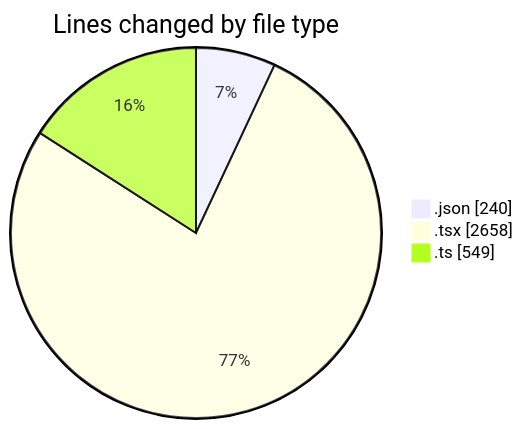
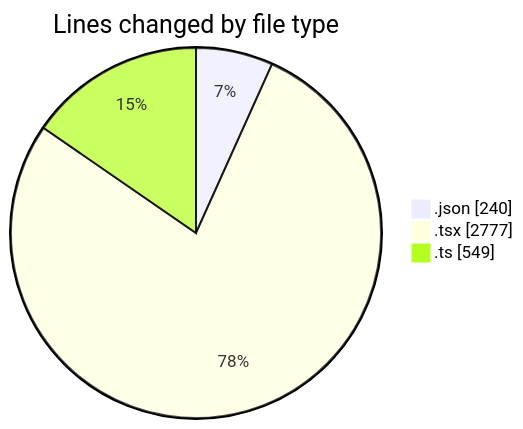
One commit to julien-gomy/code-tracking changed the first of 2 diagrams in 2025-11-17/eventscop-frontend-guide__workspace_/README.md. Above: the diagram before and after it, drawn with Mermaid. The commit also changed other lines of this file and 1 other file, not shown here.

````diff
--- a/2025-11-17/eventscop-frontend-guide__workspace_/README.md
+++ b/2025-11-17/eventscop-frontend-guide__workspace_/README.md
@@ -37,7 +38,7 @@
 ```mermaid
 pie showData
 title Lines changed by file type
 ".json" : 240
-".tsx" : 2658
+".tsx" : 2777
 ".ts" : 549
 ```
````
